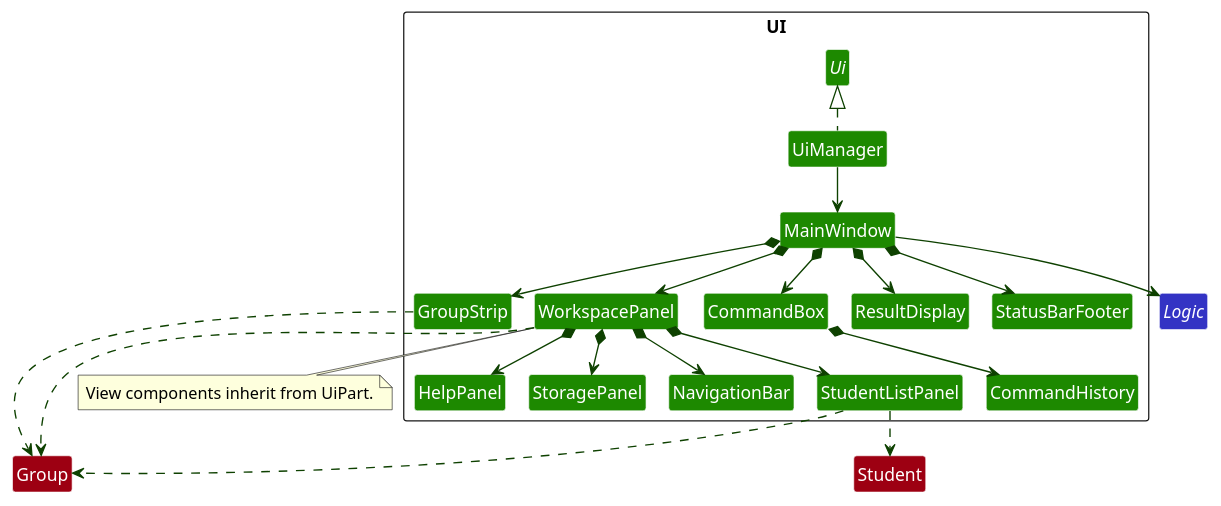
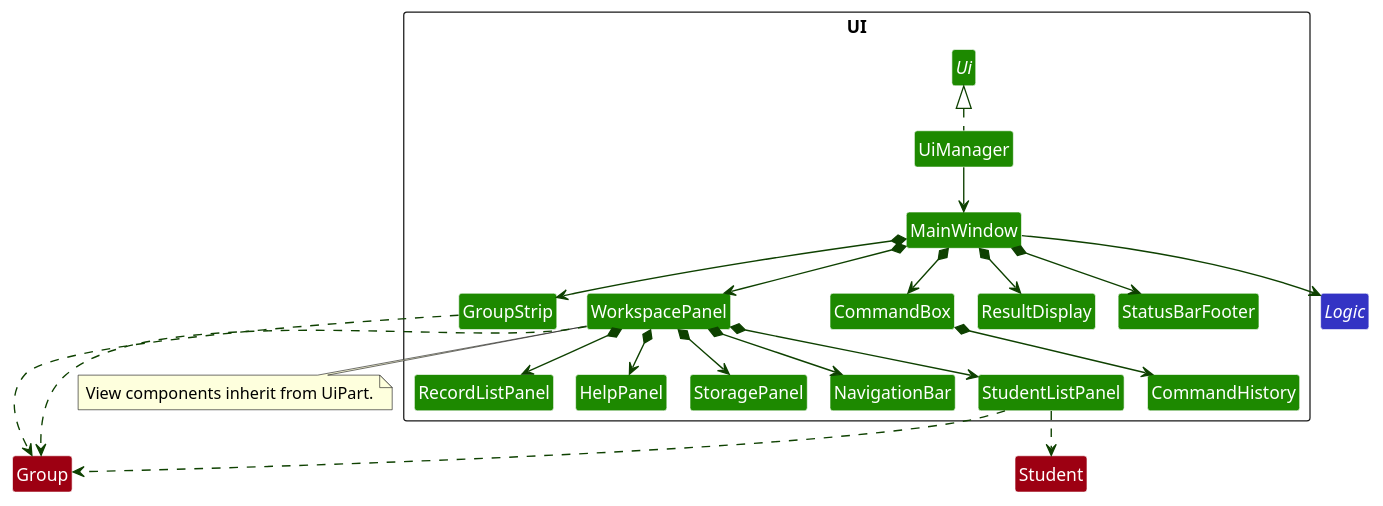
One commit to AY2627S1-CS2103T-T12-4/tp changed the diagram in docs/diagrams/UiClassDiagram.puml. Above: the diagram before and after it, drawn with PlantUML. The commit also changed 6 other files, not shown here.

```diff
--- a/docs/diagrams/UiClassDiagram.puml
+++ b/docs/diagrams/UiClassDiagram.puml
@@ -1,55 +1,57 @@
 @startuml
 !pragma layout smetana
 skinparam shadowing false
 skinparam packageStyle rectangle
 skinparam classBackgroundColor #1D8900
 skinparam classFontColor white
 skinparam classBorderColor white
 skinparam packageBackgroundColor white
 hide members
 hide circle
 skinparam arrowThickness 1.1
 skinparam arrowColor #0E4100
 
 package UI <<Rectangle>> {
 interface Ui
 class UiManager
 class MainWindow
 class GroupStrip
 class NavigationBar
 class WorkspacePanel
 class CommandBox
 class CommandHistory
 class ResultDisplay
 class StatusBarFooter
 class StudentListPanel
+class RecordListPanel
 class HelpPanel
 class StoragePanel
 }
 
 UiManager .up.|> Ui
 UiManager --> MainWindow
 MainWindow *--> CommandBox
 CommandBox *--> CommandHistory
 MainWindow *--> ResultDisplay
 MainWindow *--> StatusBarFooter
 MainWindow *--> GroupStrip
 MainWindow *--> WorkspacePanel
 WorkspacePanel *--> NavigationBar
 WorkspacePanel *--> StudentListPanel
+WorkspacePanel *--> RecordListPanel
 WorkspacePanel *--> HelpPanel
 WorkspacePanel *--> StoragePanel
 
 note bottom of WorkspacePanel
 View components inherit from UiPart.
 end note
 
 interface Logic #3333C4
 class Group #9D0012
 class Student #9D0012
 MainWindow --> Logic
 WorkspacePanel ..> Group
 StudentListPanel ..> Group
 GroupStrip ..> Group
 StudentListPanel ..> Student
 @enduml
```
